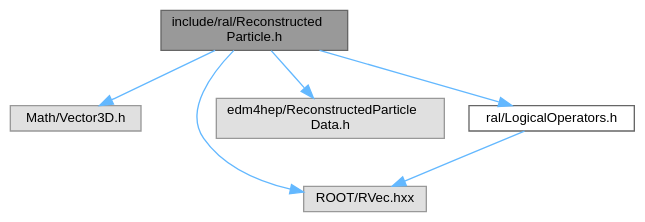
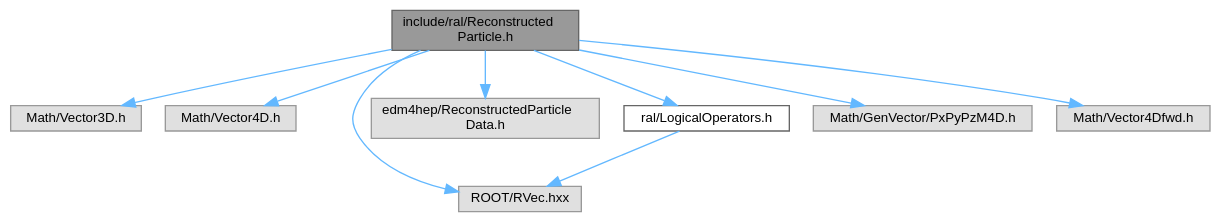
Before and after one commit to Juanki0396/ral: the diagram in docs/ReconstructedParticle_8h__incl.dot, drawn with Graphviz. The commit also changed 11 other files, not shown here.

```diff
--- a/docs/ReconstructedParticle_8h__incl.dot
+++ b/docs/ReconstructedParticle_8h__incl.dot
@@ -1,17 +1,23 @@
 digraph "include/ral/ReconstructedParticle.h"
 {
  // LATEX_PDF_SIZE
   bgcolor="transparent";
   edge [fontname=Helvetica,fontsize=10,labelfontname=Helvetica,labelfontsize=10];
   node [fontname=Helvetica,fontsize=10,shape=box,height=0.2,width=0.4];
   Node1 [id="Node000001",label="include/ral/Reconstructed\lParticle.h",height=0.2,width=0.4,color="gray40", fillcolor="grey60", style="filled", fontcolor="black",tooltip=" "];
   Node1 -> Node2 [id="edge1_Node000001_Node000002",color="steelblue1",style="solid",tooltip=" "];
   Node2 [id="Node000002",label="Math/Vector3D.h",height=0.2,width=0.4,color="grey60", fillcolor="#E0E0E0", style="filled",tooltip=" "];
   Node1 -> Node3 [id="edge2_Node000001_Node000003",color="steelblue1",style="solid",tooltip=" "];
-  Node3 [id="Node000003",label="ROOT/RVec.hxx",height=0.2,width=0.4,color="grey60", fillcolor="#E0E0E0", style="filled",tooltip=" "];
+  Node3 [id="Node000003",label="Math/Vector4D.h",height=0.2,width=0.4,color="grey60", fillcolor="#E0E0E0", style="filled",tooltip=" "];
   Node1 -> Node4 [id="edge3_Node000001_Node000004",color="steelblue1",style="solid",tooltip=" "];
-  Node4 [id="Node000004",label="edm4hep/ReconstructedParticle\lData.h",height=0.2,width=0.4,color="grey60", fillcolor="#E0E0E0", style="filled",tooltip=" "];
+  Node4 [id="Node000004",label="ROOT/RVec.hxx",height=0.2,width=0.4,color="grey60", fillcolor="#E0E0E0", style="filled",tooltip=" "];
   Node1 -> Node5 [id="edge4_Node000001_Node000005",color="steelblue1",style="solid",tooltip=" "];
-  Node5 [id="Node000005",label="ral/LogicalOperators.h",height=0.2,width=0.4,color="grey40", fillcolor="white", style="filled",URL="$LogicalOperators_8h.html",tooltip=" "];
-  Node5 -> Node3 [id="edge5_Node000005_Node000003",color="steelblue1",style="solid",tooltip=" "];
+  Node5 [id="Node000005",label="edm4hep/ReconstructedParticle\lData.h",height=0.2,width=0.4,color="grey60", fillcolor="#E0E0E0", style="filled",tooltip=" "];
+  Node1 -> Node6 [id="edge5_Node000001_Node000006",color="steelblue1",style="solid",tooltip=" "];
+  Node6 [id="Node000006",label="ral/LogicalOperators.h",height=0.2,width=0.4,color="grey40", fillcolor="white", style="filled",URL="$LogicalOperators_8h.html",tooltip=" "];
+  Node6 -> Node4 [id="edge6_Node000006_Node000004",color="steelblue1",style="solid",tooltip=" "];
+  Node1 -> Node7 [id="edge7_Node000001_Node000007",color="steelblue1",style="solid",tooltip=" "];
+  Node7 [id="Node000007",label="Math/GenVector/PxPyPzM4D.h",height=0.2,width=0.4,color="grey60", fillcolor="#E0E0E0", style="filled",tooltip=" "];
+  Node1 -> Node8 [id="edge8_Node000001_Node000008",color="steelblue1",style="solid",tooltip=" "];
+  Node8 [id="Node000008",label="Math/Vector4Dfwd.h",height=0.2,width=0.4,color="grey60", fillcolor="#E0E0E0", style="filled",tooltip=" "];
 }
```
